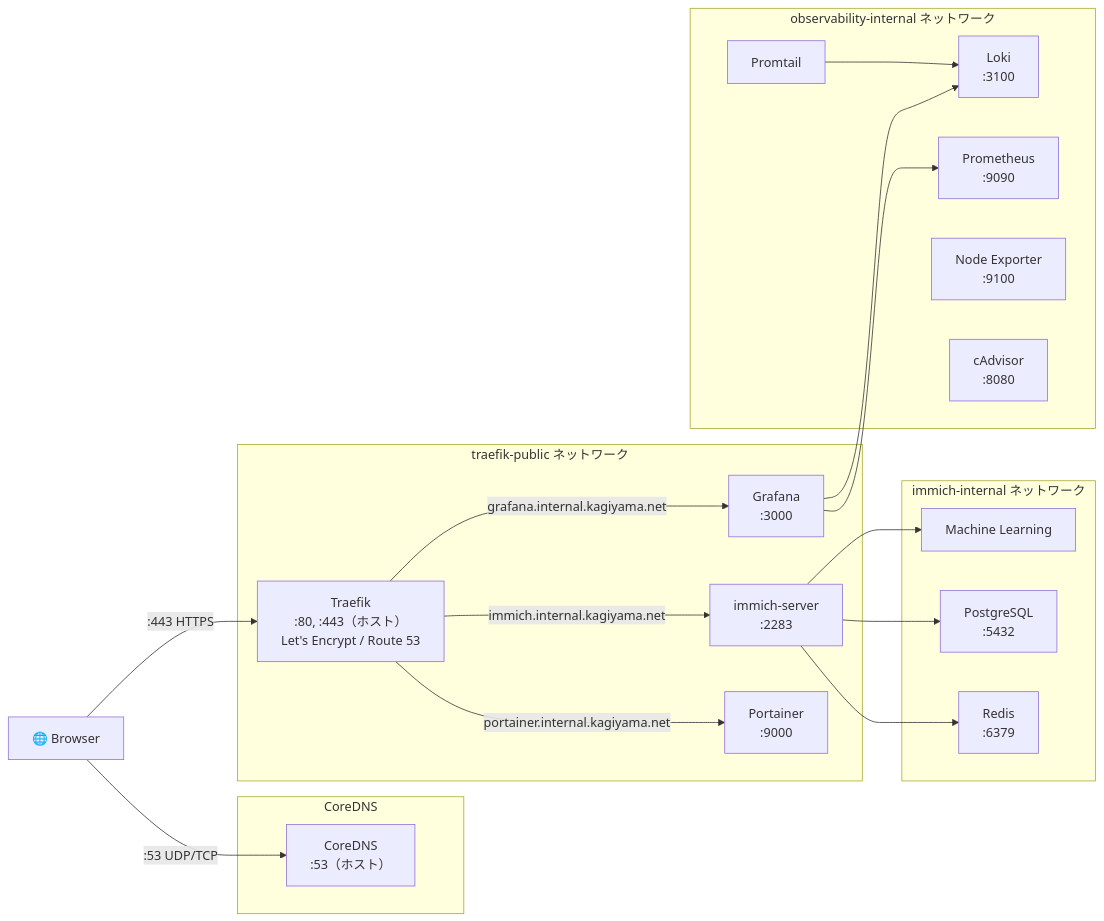
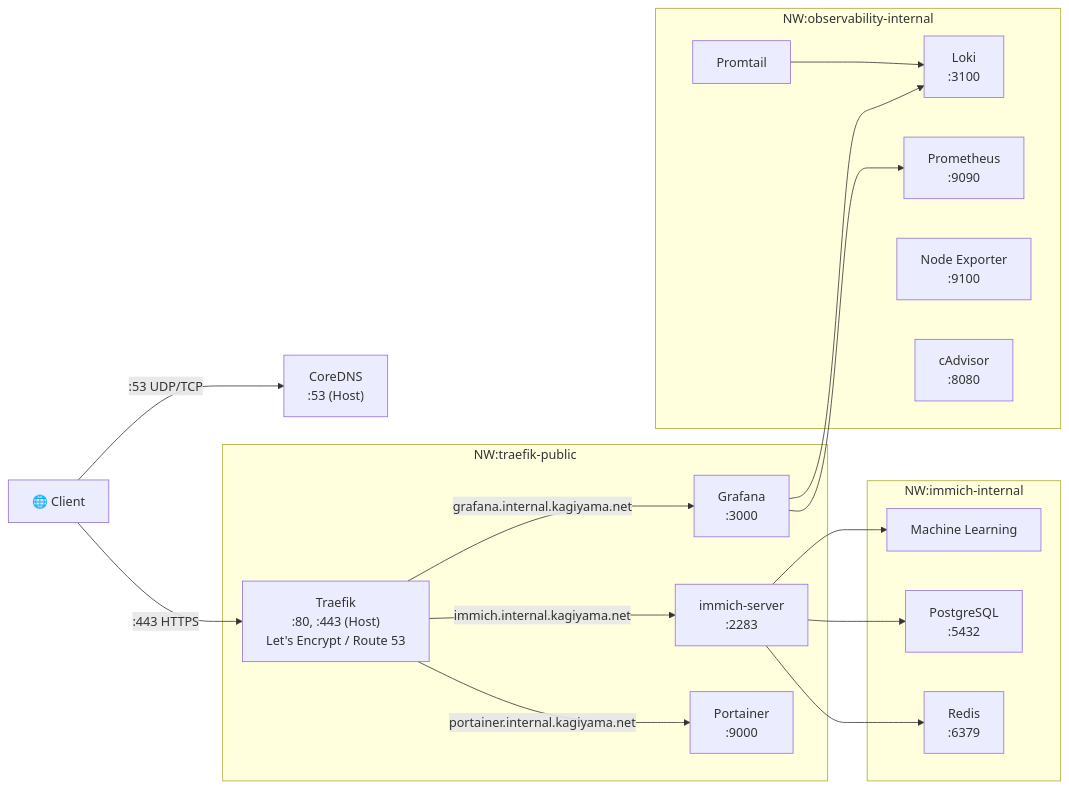
The diagram in README.md (kagiyama-baking/internal.kagiyama.net), drawn with Mermaid before and after one commit. The commit also changed other lines of this file, not shown here.

First line of the commit message:
docs: アーキテクチャ図のレイアウト調整

````diff
--- a/README.md
+++ b/README.md
@@ -45,46 +45,42 @@
 ```mermaid
 graph LR
-    Browser["🌐 Browser"]
+    Browser["🌐 Client"]
+    Browser -->|":443 HTTPS"| Traefik
 
-    subgraph dns ["CoreDNS"]
-        CoreDNS["CoreDNS<br>:53（ホスト）"]
-    end
+    Browser -->|":53 UDP/TCP"| CoreDNS["CoreDNS<br>:53 (Host)"]
 
-    subgraph traefik-public["traefik-public ネットワーク"]
-        Traefik["Traefik<br>:80, :443（ホスト）<br>Let's Encrypt / Route 53"]
+    subgraph traefik-public["NW:traefik-public"]
+        Traefik["Traefik<br>:80, :443 (Host) <br>Let's Encrypt / Route 53"]
         Portainer["Portainer<br>:9000"]
         ImmichServer["immich-server<br>:2283"]
         Grafana["Grafana<br>:3000"]
     end
 
-    subgraph immich-internal["immich-internal ネットワーク"]
+    Traefik -->|"portainer.internal.kagiyama.net"| Portainer
+    Traefik -->|"immich.internal.kagiyama.net"| ImmichServer
+    Traefik -->|"grafana.internal.kagiyama.net"| Grafana
+
+    subgraph immich-internal["NW:immich-internal"]
         ImmichServer
         MachineLearning["Machine Learning"]
         Redis["Redis<br>:6379"]
         Postgres["PostgreSQL<br>:5432"]
     end
 
-    subgraph observability-internal["observability-internal ネットワーク"]
+    ImmichServer --> Redis
+    ImmichServer --> Postgres
+    ImmichServer --> MachineLearning
+
+    subgraph observability-internal["NW:observability-internal"]
         Grafana
         Prometheus["Prometheus<br>:9090"]
         Loki["Loki<br>:3100"]
         Promtail["Promtail"]
         NodeExporter["Node Exporter<br>:9100"]
         cAdvisor["cAdvisor<br>:8080"]
     end
 
-    Browser -->|":53 UDP/TCP"| CoreDNS
-    Browser -->|":443 HTTPS"| Traefik
-
-    Traefik -->|"portainer.internal.kagiyama.net"| Portainer
-    Traefik -->|"immich.internal.kagiyama.net"| ImmichServer
-    Traefik -->|"grafana.internal.kagiyama.net"| Grafana
-
-    ImmichServer --> Redis
-    ImmichServer --> Postgres
-    ImmichServer --> MachineLearning
-
     Grafana --> Prometheus
     Grafana --> Loki
     Promtail --> Loki
 ```
````
